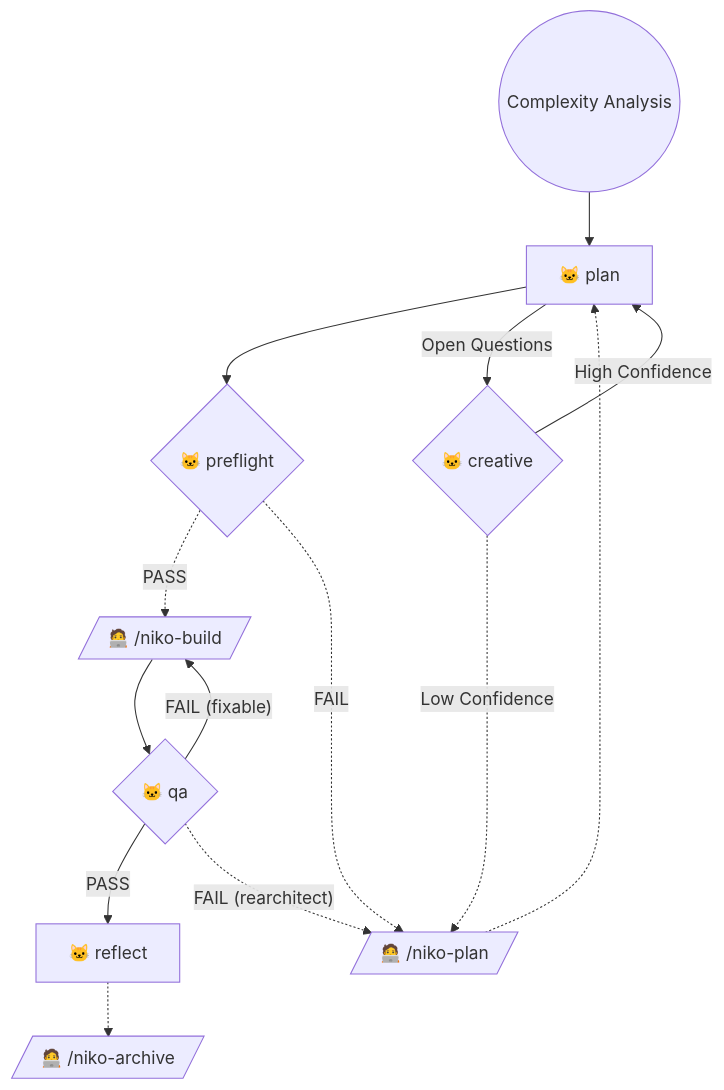
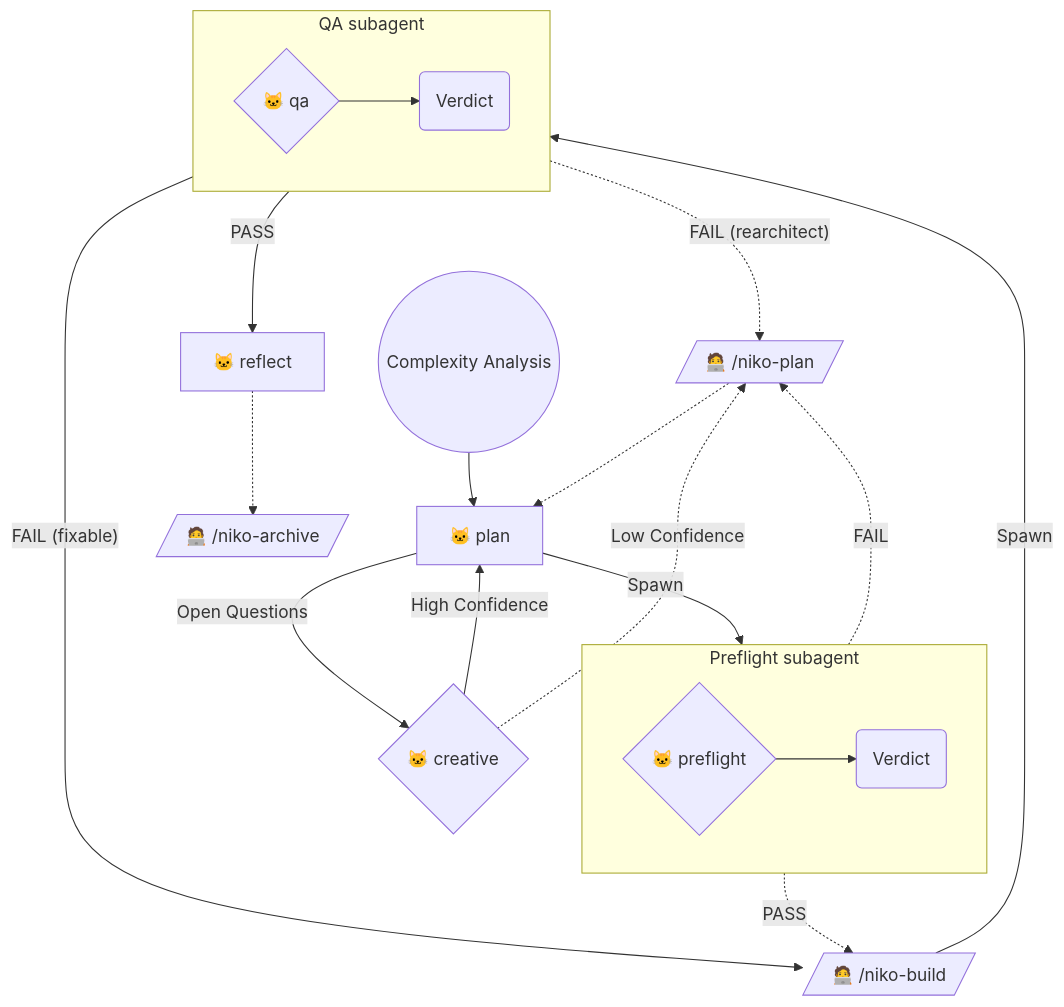
The diagram in .cursor/skills/shared/niko/references/level3/level3-workflow.md (Texarkanine/devblog), drawn with Mermaid before and after one commit. The commit also changed other lines of this file and 15 other files, not shown here.

````diff
--- a/.cursor/skills/shared/niko/references/level3/level3-workflow.md
+++ b/.cursor/skills/shared/niko/references/level3/level3-workflow.md
@@ -9,19 +9,27 @@
 ```mermaid
 graph TD
     Start(("Complexity Analysis")) --> NikoPlan["🐱 plan"]
-    NikoPlan --> NikoPreflight{"🐱 preflight"}
-    NikoPreflight -.->|"PASS"| ManualBuild[/"🧑‍💻 /niko-build"/]
-    NikoPreflight -.->|"FAIL"| ManualPlan[/"🧑‍💻 /niko-plan"/]
+    NikoPlan --Spawn--> NikoPreflight
+    subgraph PreflightSubagent["Preflight subagent"]
+        direction LR
+        NikoPreflight{"🐱 preflight"} --> PreflightVerdict("Verdict")
+    end
+    PreflightVerdict -.->|"PASS"| ManualBuild[/"🧑‍💻 /niko-build"/]
+    PreflightVerdict -.->|"FAIL"| ManualPlan[/"🧑‍💻 /niko-plan"/]
 
     NikoPlan -->|"Open Questions"| NikoCreative{"🐱 creative"}
     NikoCreative -->|"High Confidence"| NikoPlan
-    NikoCreative -.->|"Low Confidence"| ManualPlan[/"🧑‍💻 /niko-plan"/]
+    NikoCreative -.->|"Low Confidence"| ManualPlan
 
-    ManualBuild --> NikoQA{"🐱 qa"}
-    NikoQA -->|"PASS"| NikoReflect["🐱 reflect"]
+    ManualBuild --Spawn--> NikoQA
+    subgraph QASubagent["QA subagent"]
+        direction LR
+        NikoQA{"🐱 qa"} --> QAVerdict("Verdict")
+    end
+    QAVerdict -->|"PASS"| NikoReflect["🐱 reflect"]
     NikoReflect -.-> ManualArchive[/"🧑‍💻 /niko-archive"/]
-    NikoQA -->|"FAIL (fixable)"| ManualBuild
-    NikoQA -.->|"FAIL (rearchitect)"| ManualPlan
+    QAVerdict -->|"FAIL (fixable)"| ManualBuild
+    QAVerdict -.->|"FAIL (rearchitect)"| ManualPlan
 
     ManualPlan -.-> NikoPlan
 ```
````
